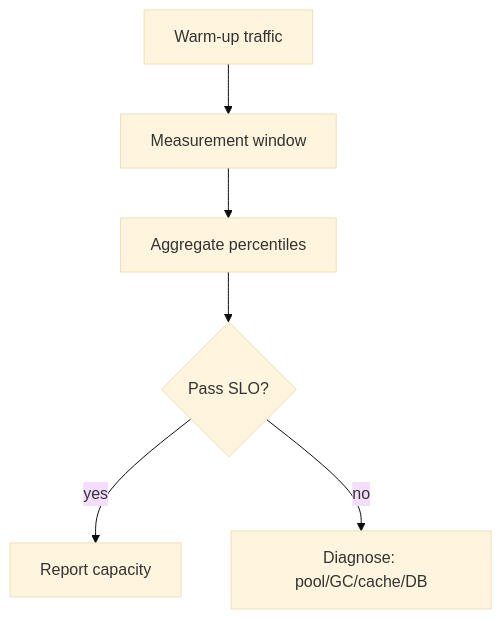
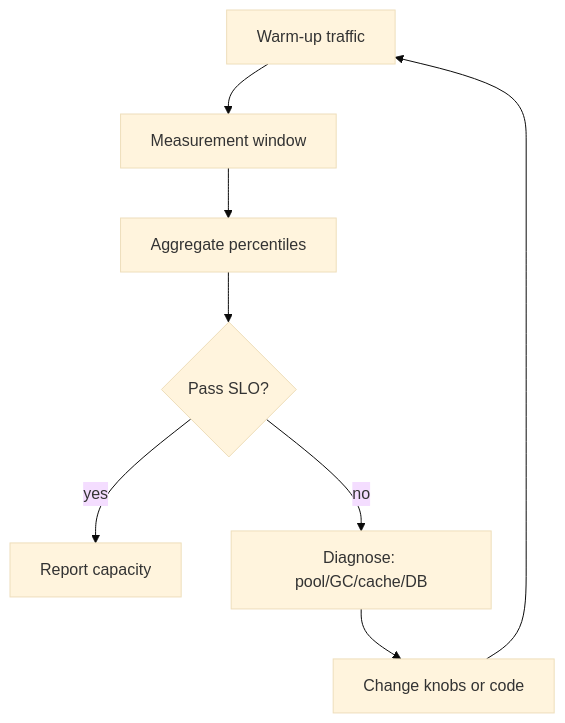
The diagram in 46-caching-and-performance/03-load-testing-and-capacity.md (lostfromlight1/java-handbook), drawn with Mermaid (base theme) before and after one commit. The commit also changed other lines of this file and 3 other files, not shown here.

````diff
--- a/46-caching-and-performance/03-load-testing-and-capacity.md
+++ b/46-caching-and-performance/03-load-testing-and-capacity.md
@@ -64,8 +82,10 @@
 ```mermaid
 flowchart TD
   W[Warm-up traffic] --> M[Measurement window]
   M --> A[Aggregate percentiles]
   A --> C{Pass SLO?}
   C -->|yes| R[Report capacity]
   C -->|no| D[Diagnose: pool/GC/cache/DB]
+  D --> Fix[Change knobs or code]
+  Fix --> W
 ```
````
